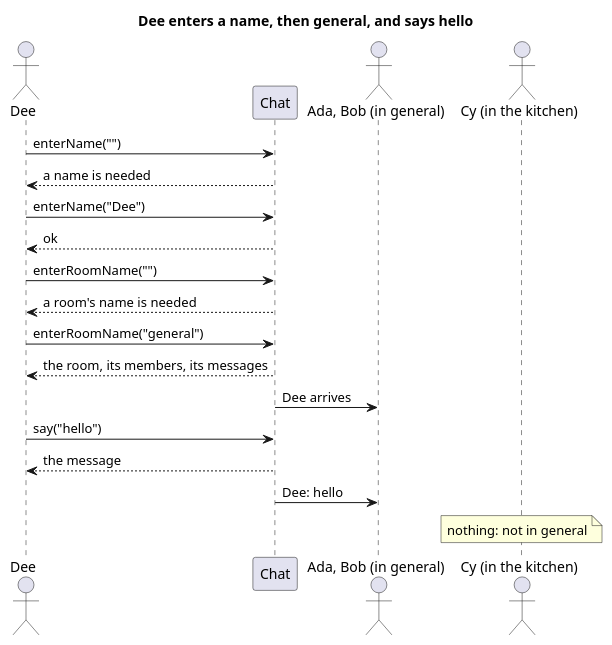
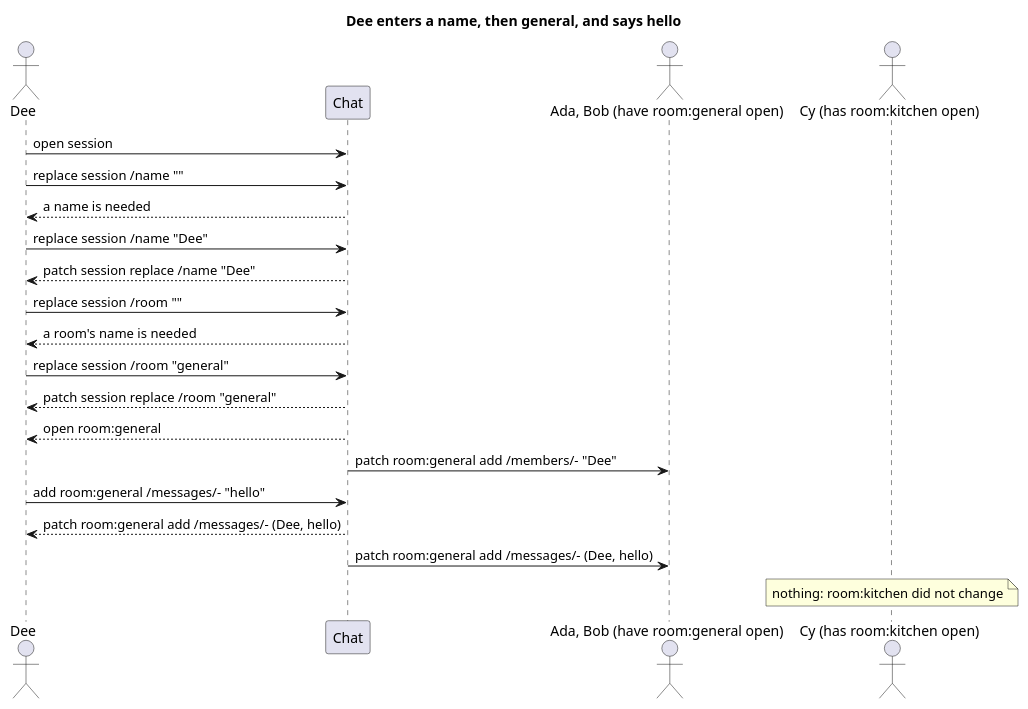
Before and after one commit to blueshed/dzql: the diagram in uml/src/join-and-say.puml, drawn with PlantUML. The commit also changed 7 other files, not shown here.

```diff
--- a/uml/src/join-and-say.puml
+++ b/uml/src/join-and-say.puml
@@ -1,21 +1,23 @@
 @startuml
 title Dee enters a name, then general, and says hello
 actor "Dee" as dee
 participant "Chat" as app
-actor "Ada, Bob (in general)" as general
-actor "Cy (in the kitchen)" as kitchen
+actor "Ada, Bob (have room:general open)" as general
+actor "Cy (has room:kitchen open)" as kitchen
 
-dee -> app : enterName("")
+dee -> app : open session
+dee -> app : replace session /name ""
 app --> dee : a name is needed
-dee -> app : enterName("Dee")
-app --> dee : ok
-dee -> app : enterRoomName("")
+dee -> app : replace session /name "Dee"
+app --> dee : patch session replace /name "Dee"
+dee -> app : replace session /room ""
 app --> dee : a room's name is needed
-dee -> app : enterRoomName("general")
-app --> dee : the room, its members, its messages
-app -> general : Dee arrives
-dee -> app : say("hello")
-app --> dee : the message
-app -> general : Dee: hello
-note over kitchen : nothing: not in general
+dee -> app : replace session /room "general"
+app --> dee : patch session replace /room "general"
+app --> dee : open room:general
+app -> general : patch room:general add /members/- "Dee"
+dee -> app : add room:general /messages/- "hello"
+app --> dee : patch room:general add /messages/- (Dee, hello)
+app -> general : patch room:general add /messages/- (Dee, hello)
+note over kitchen : nothing: room:kitchen did not change
 @enduml
```
